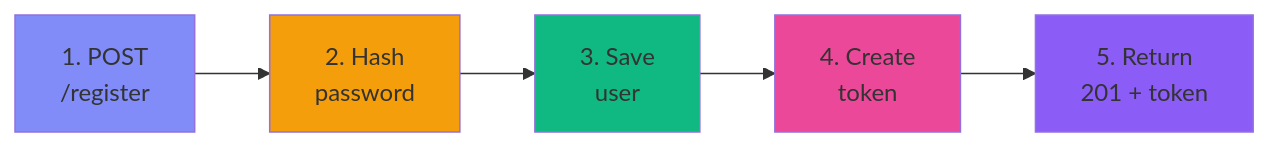
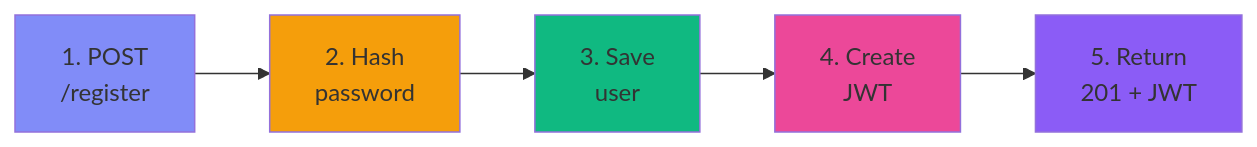
Before and after one commit to akramdaboussi/Sotware_ArchitectureProject: the first of 3 diagrams in docs/ARCHITECTURE.md, drawn with Mermaid. The commit also changed other lines of this file and 5 other files, not shown here.

````diff
--- a/docs/ARCHITECTURE.md
+++ b/docs/ARCHITECTURE.md
@@ -81,13 +81,13 @@
 ```mermaid
 graph LR
     A[1. POST<br/>/register] --> B[2. Hash<br/>password]
     B --> C[3. Save<br/>user]
-    C --> D[4. Create<br/>token]
-    D --> E[5. Return<br/>201 + token]
+    C --> D[4. Create<br/>JWT]
+    D --> E[5. Return<br/>201 + JWT]
     
     style A fill:#818cf8
     style B fill:#f59e0b
     style C fill:#10b981
     style D fill:#ec4899
     style E fill:#8b5cf6
 ```
````
